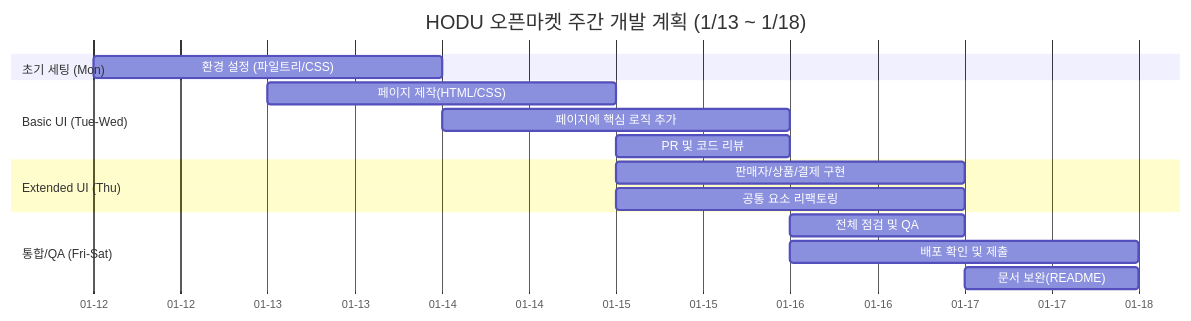
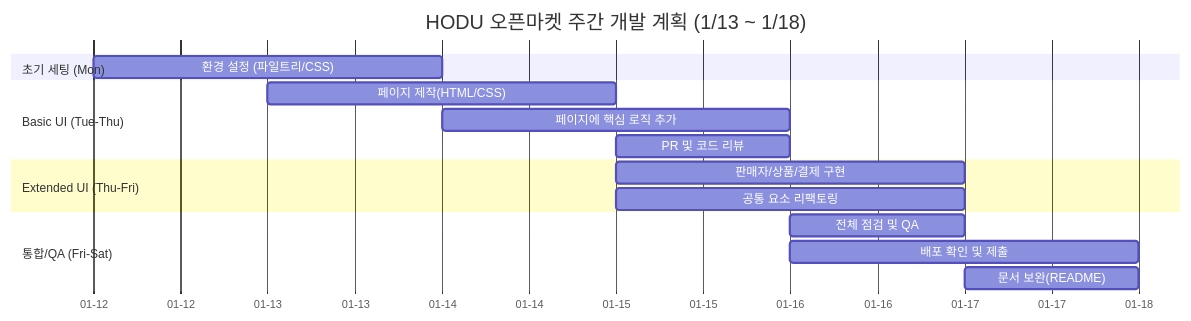
The second of 5 diagrams in README.md (DongmyeongBack/openMarket), drawn with Mermaid before and after one commit. The commit also changed other lines of this file, not shown here.

````diff
--- a/README.md
+++ b/README.md
@@ -42,23 +80,23 @@
 ```mermaid
 gantt
     title HODU 오픈마켓 주간 개발 계획 (1/13 ~ 1/18)
     dateFormat YYYY-MM-DD
     axisFormat %m-%d
 
     section 초기 세팅 (Mon)
         환경 설정 (파일트리/CSS)       :2026-01-12, 2d
 
-    section Basic UI (Tue-Wed)
+    section Basic UI (Tue-Thu)
         페이지 제작(HTML/CSS)            :2026-01-13, 2d
         페이지에 핵심 로직 추가      :2026-01-14, 2d
         PR 및 코드 리뷰               :2026-01-15, 1d
 
-    section Extended UI (Thu)
+    section Extended UI (Thu-Fri)
         판매자/상품/결제 구현          :2026-01-15, 2d
         공통 요소 리팩토링            :2026-01-15, 2d
 
     section 통합/QA (Fri-Sat)
         전체 점검 및 QA               :2026-01-16, 1d
         배포 확인 및 제출              :2026-01-16, 2d
         문서 보완(README)             :2026-01-17, 1d
 ```
````
